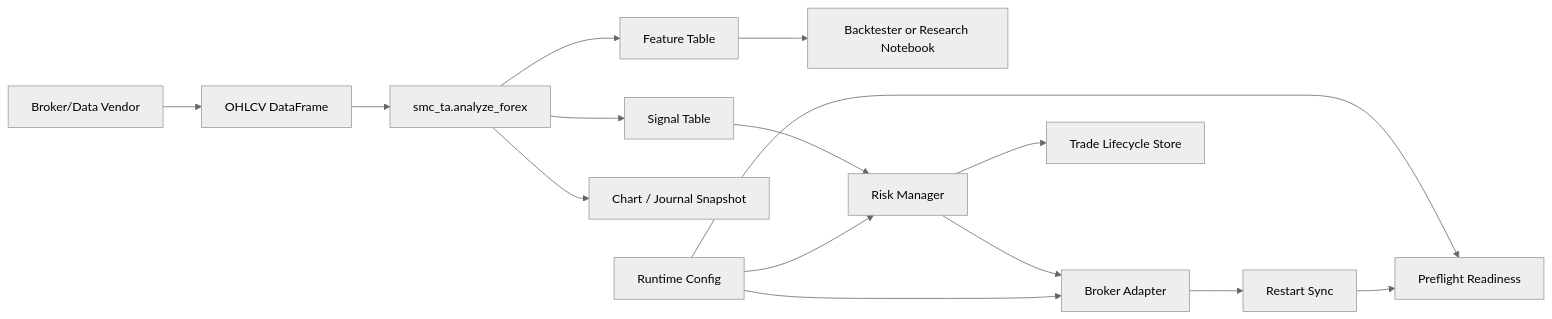
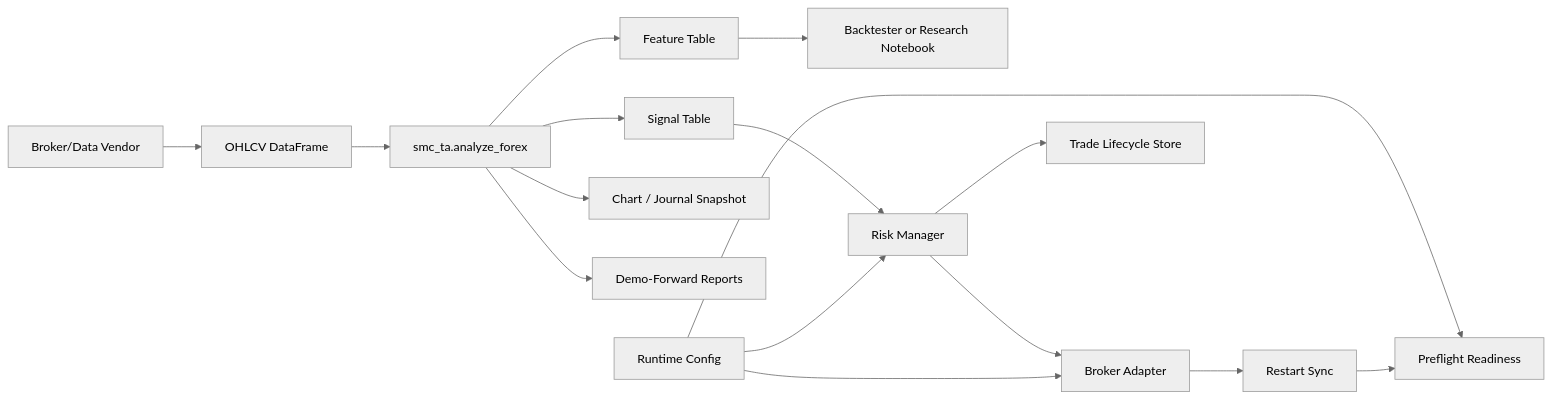
The diagram in docs/BOT_INTEGRATION.md (primebdsm/smcandta), drawn with Mermaid (neutral theme) before and after one commit. The commit also changed other lines of this file and 12 other files, not shown here.

Commit message:
Add demo forward report package

````diff
--- a/docs/BOT_INTEGRATION.md
+++ b/docs/BOT_INTEGRATION.md
@@ -5,17 +5,18 @@
 ```mermaid
 flowchart LR
   A["Broker/Data Vendor"] --> B["OHLCV DataFrame"]
   B --> C["smc_ta.analyze_forex"]
   C --> D["Feature Table"]
   C --> E["Signal Table"]
   D --> F["Backtester or Research Notebook"]
   E --> G["Risk Manager"]
   G --> H["Broker Adapter"]
   G --> J["Trade Lifecycle Store"]
   C --> I["Chart / Journal Snapshot"]
+  C --> N["Demo-Forward Reports"]
   K["Runtime Config"] --> G
   K --> H
   K --> L["Preflight Readiness"]
   H --> M["Restart Sync"]
   M --> L
 ```
````
